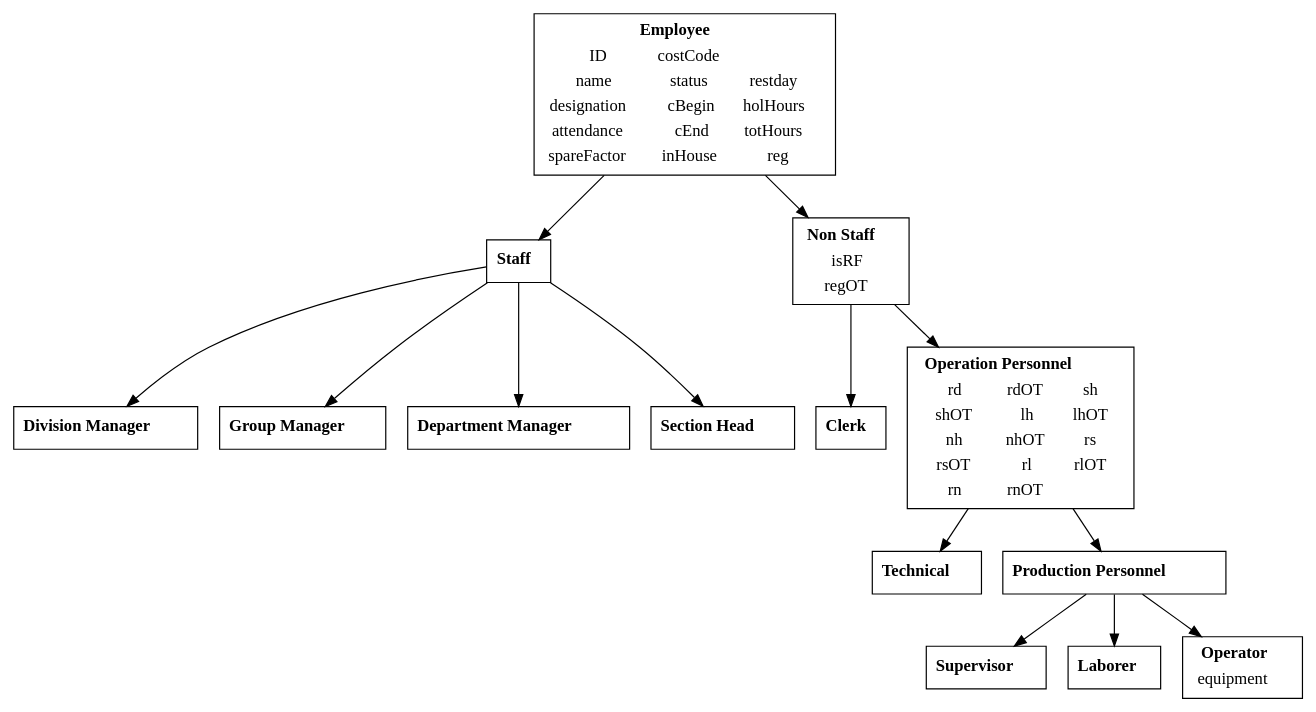
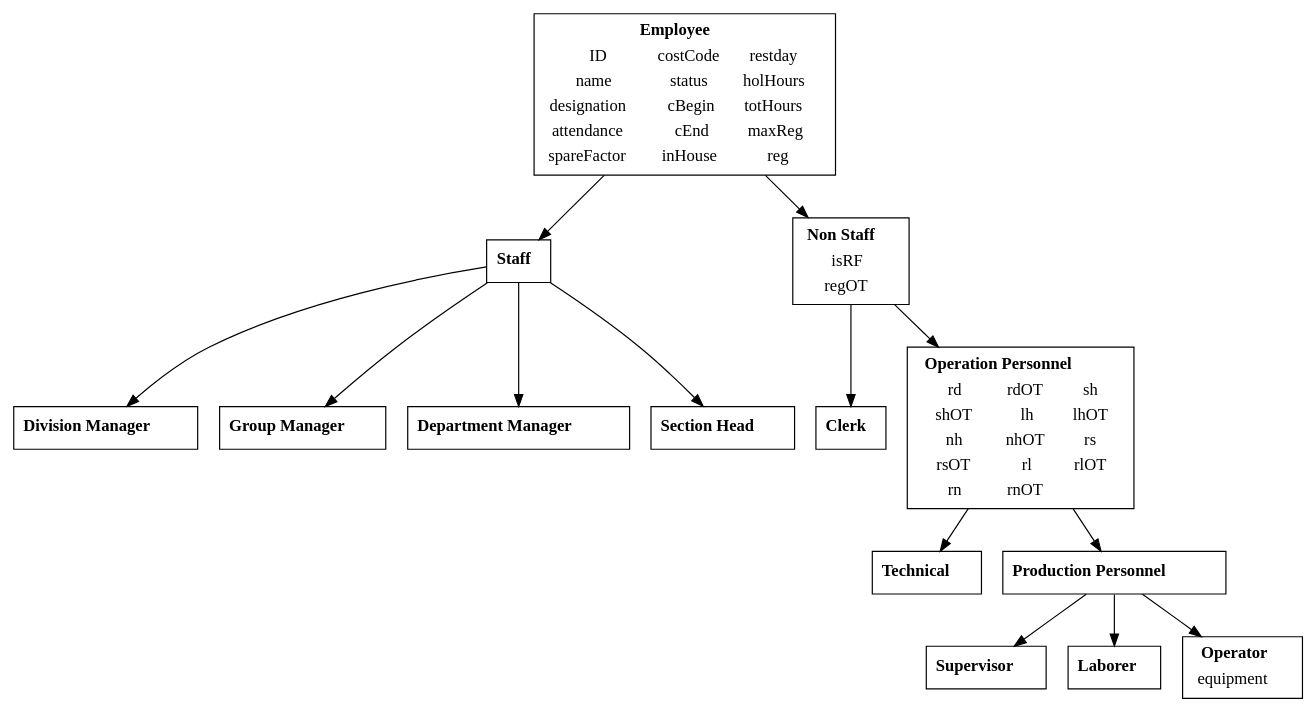
Before and after one commit to basilrabi/mansched: the diagram in vignettes/class.Rmd, drawn with Graphviz. The commit also changed other lines of this file and 11 other files, not shown here.

```diff
--- a/vignettes/class.Rmd
+++ b/vignettes/class.Rmd
@@ -24,22 +24,22 @@
   <TR>
     <TD>ID</TD>
     <TD>costCode</TD>
-    <TD></TD>
+    <TD>restday</TD>
   </TR>
   <TR>
     <TD>name</TD>
     <TD>status</TD>
-    <TD>restday</TD>
+    <TD>holHours</TD>
   </TR>
   <TR>
     <TD>designation</TD>
     <TD>cBegin</TD>
-    <TD>holHours</TD>
+    <TD>totHours</TD>
   </TR>
   <TR>
     <TD>attendance</TD>
     <TD>cEnd</TD>
-    <TD>totHours</TD>
+    <TD>maxReg</TD>
   </TR>
   <TR>
     <TD>spareFactor</TD>
```
